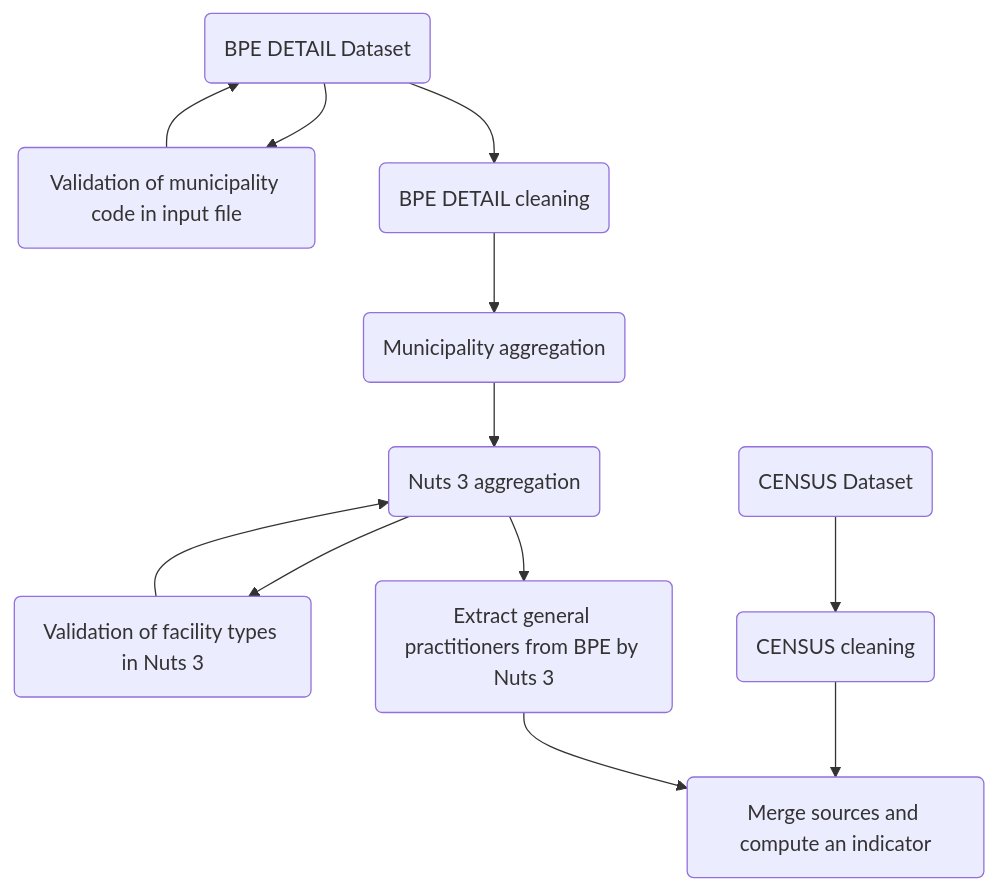
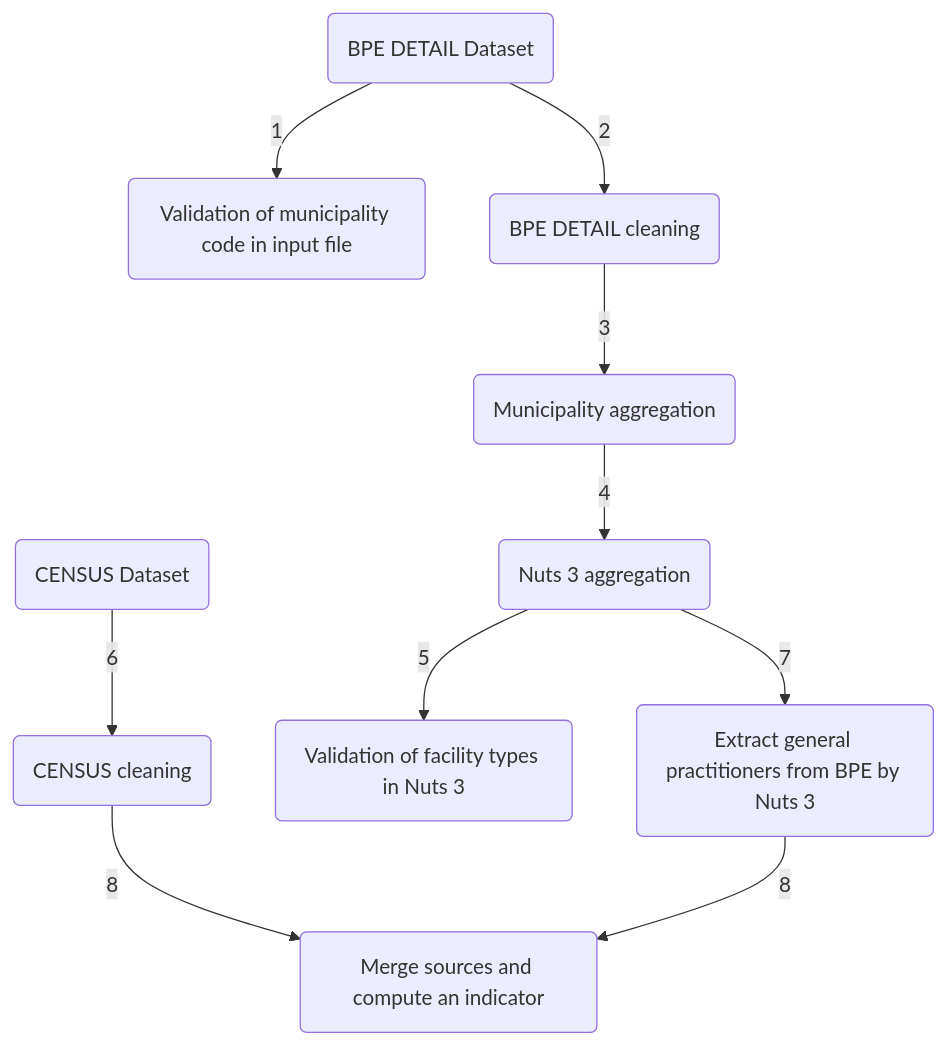
One commit to Making-Sense-Info/Presentations changed the diagram in 20240410-vtl-sdmx-unece/detailled-diag.mmd. Above: the diagram before and after it, drawn with Mermaid. The commit also changed 4 other files, not shown here.

```diff
--- a/20240410-vtl-sdmx-unece/detailled-diag.mmd
+++ b/20240410-vtl-sdmx-unece/detailled-diag.mmd
@@ -1,37 +1,37 @@
 graph TD
   T0(BPE DETAIL Dataset)
 
   T1(CENSUS Dataset)
 
   S1(Validation of municipality code in input file)
   
   S2(BPE DETAIL cleaning)
 
   S3(Municipality aggregation)
 
   S4(Nuts 3 aggregation)
 
   S5(Validation of facility types in Nuts 3)
 
   S6(CENSUS cleaning)
 
   S7(Extract general practitioners from BPE by Nuts 3)
 
   S8(Merge sources and compute an indicator)
 
-  T0-->S1-->T0
+  T0-->|1|S1
 
-  T0-->S2
+  T0-->|2|S2
 
-  S2-->S3
+  S2-->|3|S3
 
-  S3-->S4
+  S3-->|4|S4
 
-  S4-->S5-->S4
+  S4-->|5|S5
 
-  S4-->S7
+  S4-->|7|S7
 
-  T1-->S6
+  T1-->|6|S6
 
-  S6-->S8
-  S7-->S8
+  S6-->|8|S8
+  S7-->|8|S8
```
